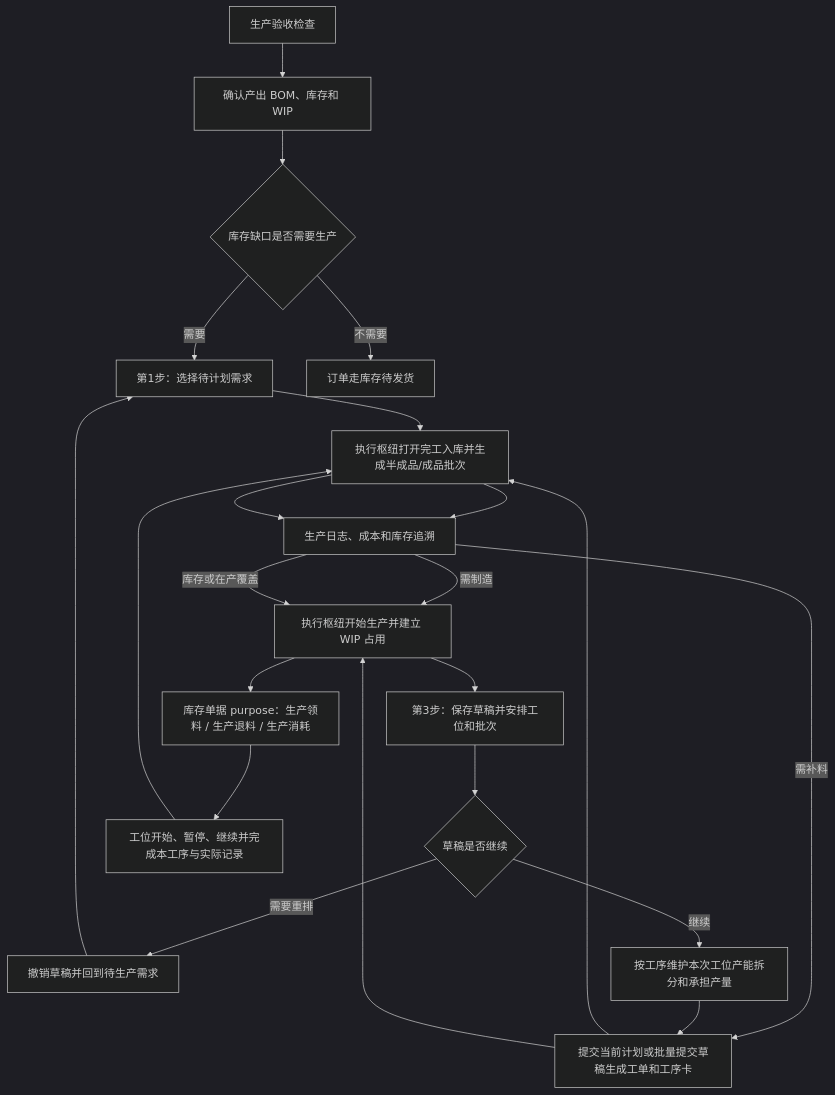
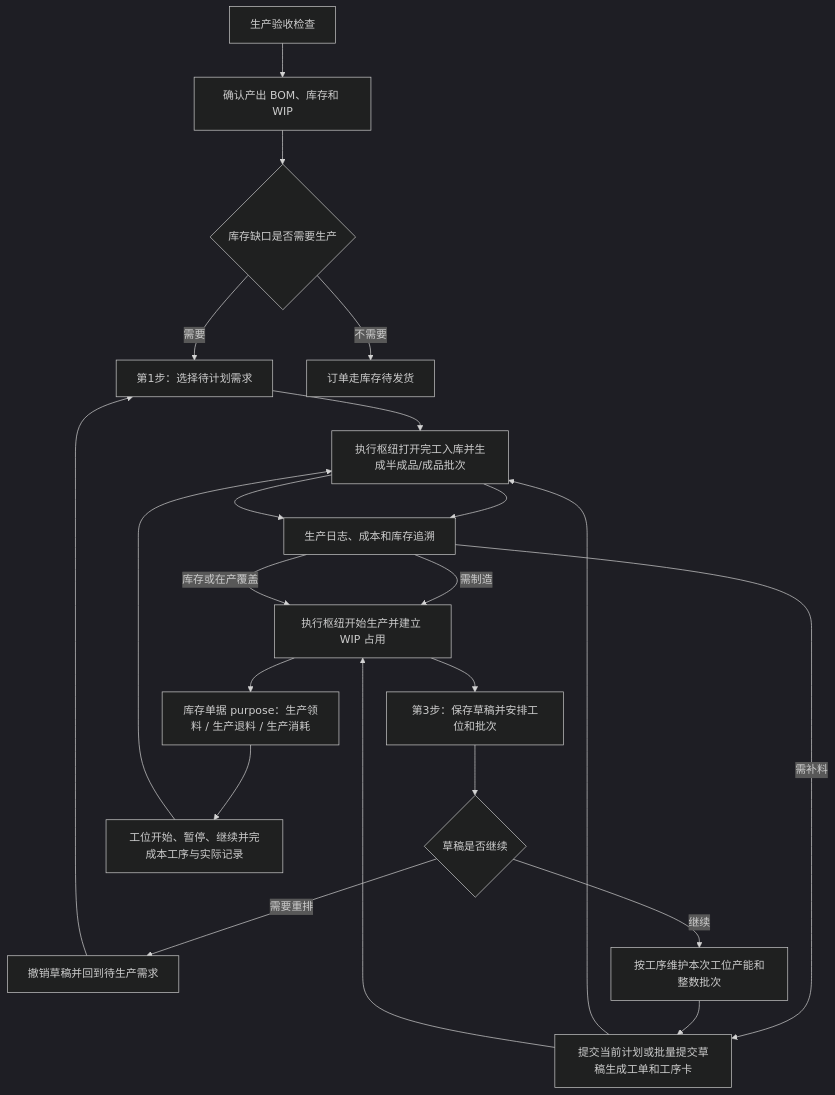
One commit to Backstage2539/KFerp changed the second of 4 diagrams in orderapp-remote/docs/OP_MANUAL_PRODUCTION.md. Above: the diagram before and after it, drawn with Mermaid (dark theme). The commit also changed other lines of this file and 30 other files, not shown here.

````diff
--- a/orderapp-remote/docs/OP_MANUAL_PRODUCTION.md
+++ b/orderapp-remote/docs/OP_MANUAL_PRODUCTION.md
@@ -220,24 +220,24 @@
 ```mermaid
 flowchart TD
   A["生产验收检查"] --> B["确认产出 BOM、库存和 WIP"]
   B --> C{"库存缺口是否需要生产"}
   C -->|需要| D["第1步：选择待计划需求"]
   C -->|不需要| E["订单走库存待发货"]
   D --> G["第2步：核对商品缺口和生产用料"]
   G --> H{"生产用料是否齐备"}
   H -->|需制造| I["系统纳入上游生产任务"]
   H -->|需补料| J["先补充不可制造物料"]
   H -->|库存或在产覆盖| I
   J --> G
   I --> F["第3步：保存草稿并安排工位和批次"]
   F --> N{"草稿是否继续"}
   N -->|需要重排| O["撤销草稿并回到待生产需求"]
   O --> D
-  N -->|继续| M["按工序维护本次工位产能拆分和承担产量"]
+  N -->|继续| M["按工序维护本次工位产能和整数批次"]
   M --> J["提交当前计划或批量提交草稿生成工单和工序卡"]
   J --> I["执行枢纽开始生产并建立 WIP 占用"]
   I --> K["库存单据 purpose：生产领料 / 生产退料 / 生产消耗"]
   K --> L["工位开始、暂停、继续并完成本工序与实际记录"]
   L --> G["执行枢纽打开完工入库并生成半成品/成品批次"]
   G --> H["生产日志、成本和库存追溯"]
 ```
````
